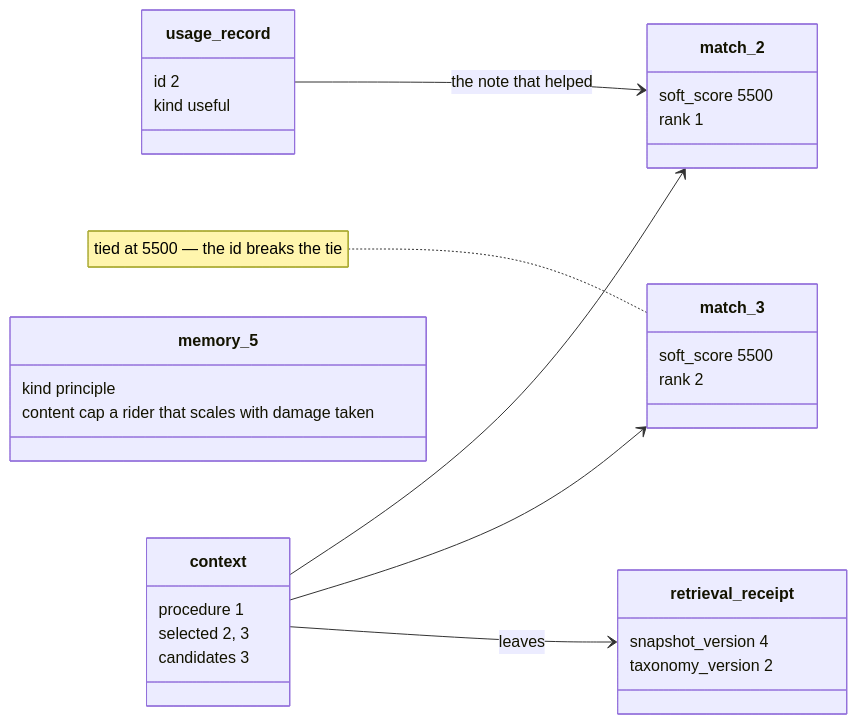
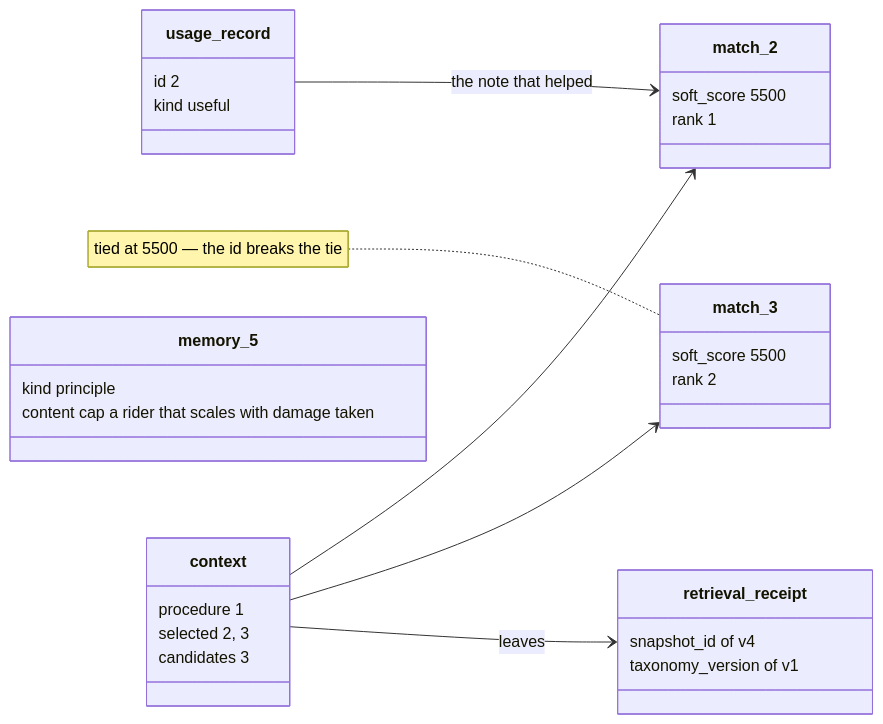
One commit to Debith/pygim changed diagram 13 of 28 in docs/design/memory/01a_model_by_scenario.md. Above: the diagram before and after it, drawn with Mermaid. The commit also changed 6 other files, not shown here.

````diff
--- a/docs/design/memory/01a_model_by_scenario.md
+++ b/docs/design/memory/01a_model_by_scenario.md
@@ -346,34 +346,34 @@
 ```mermaid
 classDiagram
     direction LR
     class context {
         procedure 1
         selected 2, 3
         candidates 3
     }
     class match_2 {
         soft_score 5500
         rank 1
     }
     class match_3 {
         soft_score 5500
         rank 2
     }
     class retrieval_receipt {
-        snapshot_version 4
-        taxonomy_version 2
+        snapshot_id of v4
+        taxonomy_version of v1
     }
     class usage_record {
         id 2
         kind useful
     }
     class memory_5 {
         kind principle
         content cap a rider that scales with damage taken
     }
     context --> match_2
     context --> match_3
     context --> retrieval_receipt : leaves
     usage_record --> match_2 : the note that helped
     note for match_3 "tied at 5500 — the id breaks the tie"
 ```
````
